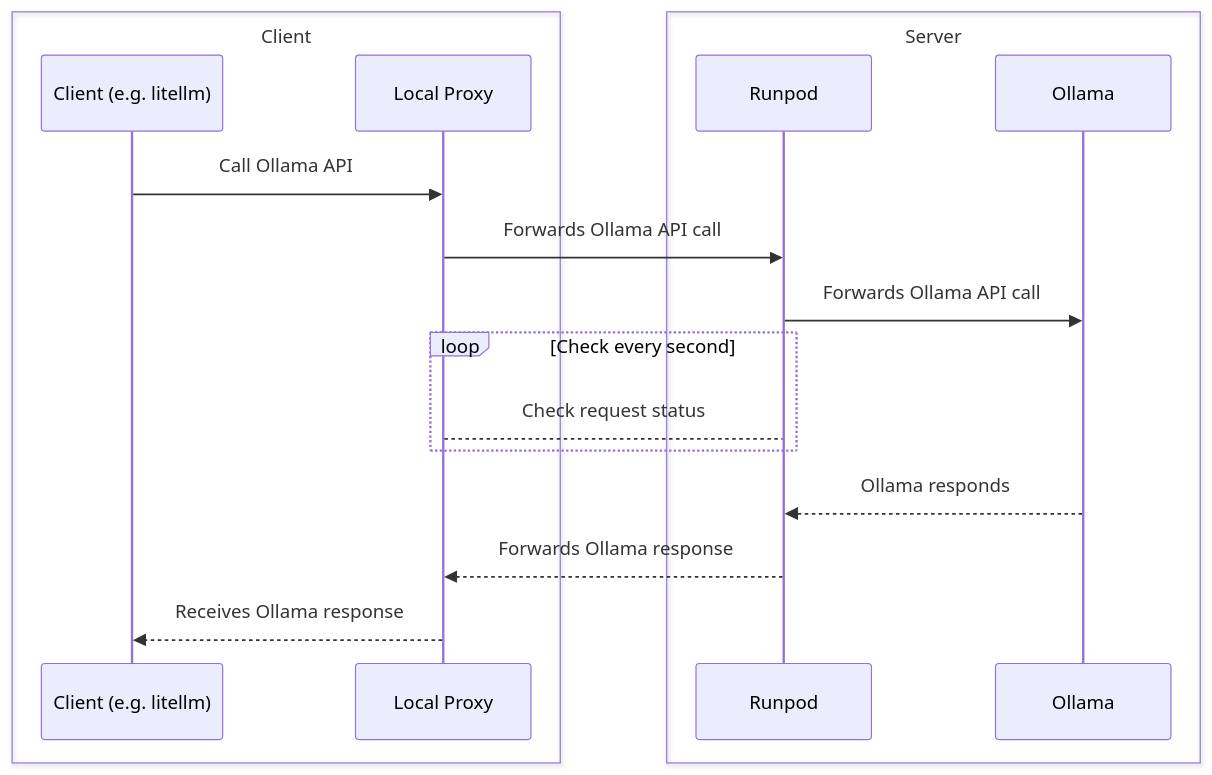
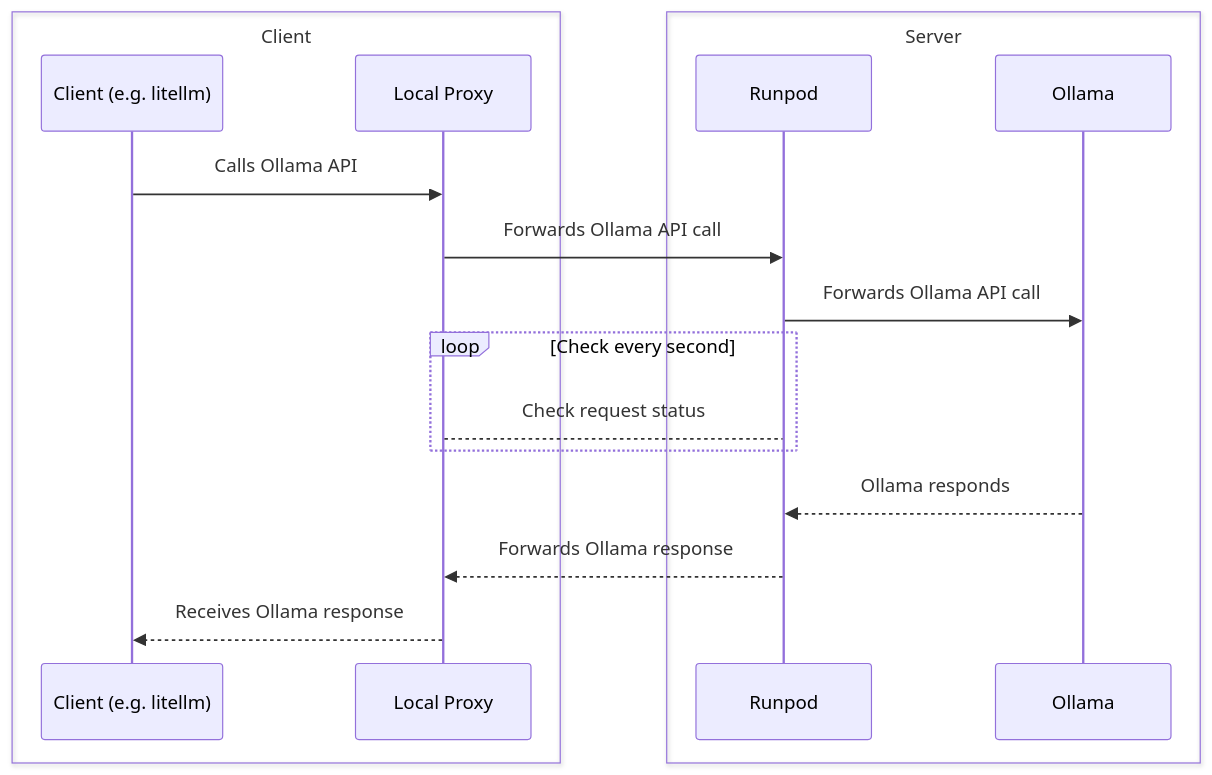
The diagram in README.md (pooyahrtn/RunpodOllama), drawn with Mermaid before and after one commit. The commit also changed other lines of this file and 1 other file, not shown here.

````diff
--- a/README.md
+++ b/README.md
@@ -5,20 +66,20 @@
 ```mermaid
 sequenceDiagram
     box Client
     participant Client (e.g. litellm)
     participant Local Proxy
     end
     box Server
     participant Runpod
     participant Ollama
     end
-    Client (e.g. litellm)->>Local Proxy: Call Ollama API
+    Client (e.g. litellm)->>Local Proxy: Calls Ollama API
     Local Proxy->>Runpod: Forwards Ollama API call
     Runpod->>Ollama: Forwards Ollama API call
     loop Check every second
         Local Proxy --> Runpod: Check request status
     end
     Ollama-->>Runpod: Ollama responds
     Runpod-->>Local Proxy: Forwards Ollama response
     Local Proxy-->>Client (e.g. litellm): Receives Ollama response
 ```
````
